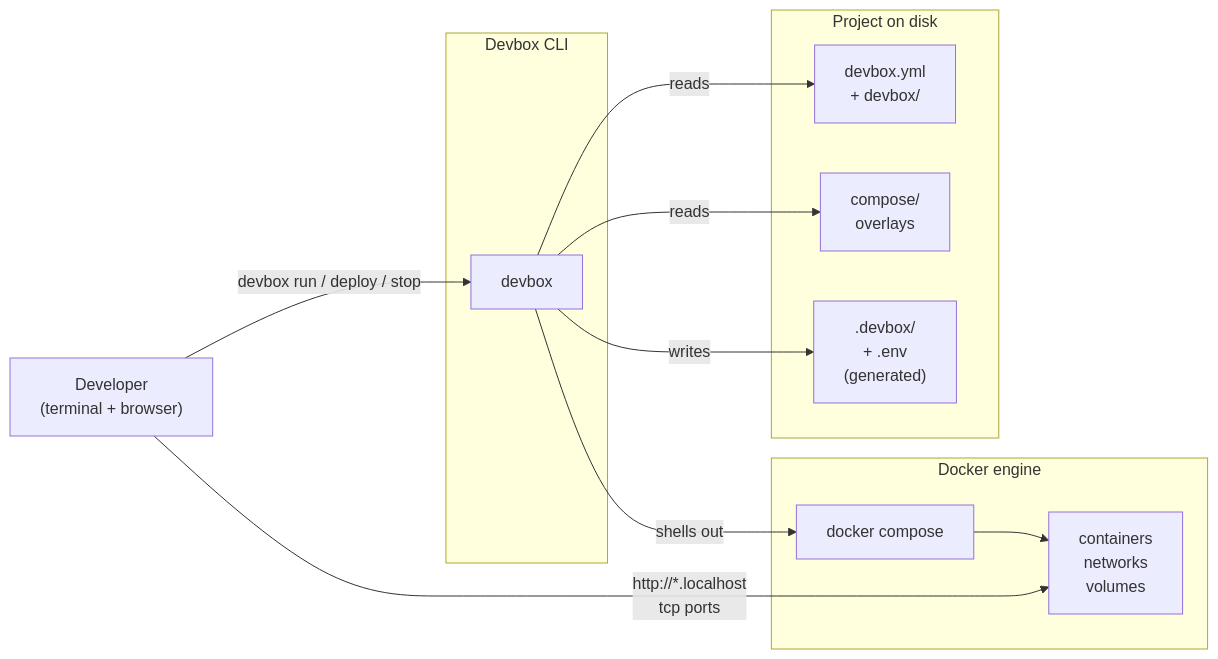
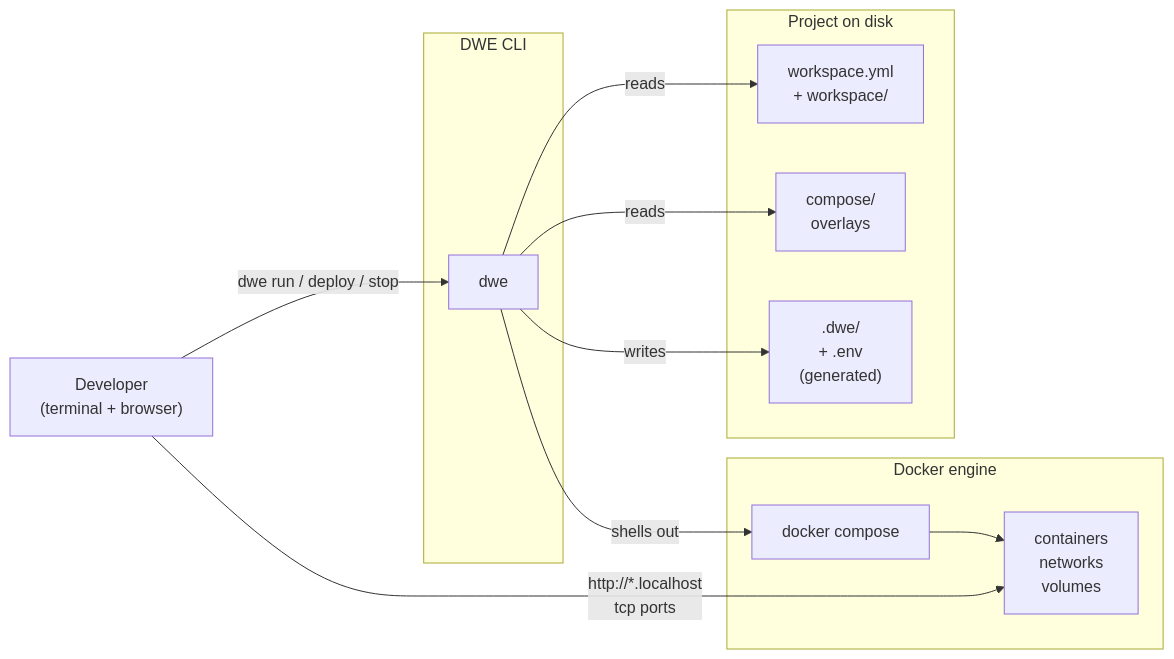
Before and after one commit to semsemyonoff/dwe: the first of 2 diagrams in docs/reference/concepts/architecture.md, drawn with Mermaid. The commit also changed other lines of this file and 113 other files, not shown here.

First line of the commit message:
feat: Phase 4a+4b — update EN and RU docs for devbox→dwe rebrand

````diff
--- a/docs/reference/concepts/architecture.md
+++ b/docs/reference/concepts/architecture.md
@@ -18,27 +18,27 @@
 ```mermaid
 flowchart LR
   Dev["Developer<br/>(terminal + browser)"]
 
   subgraph Project["Project on disk"]
-    Cfg["devbox.yml<br/>+ devbox/"]
+    Cfg["workspace.yml<br/>+ workspace/"]
     Comp["compose/<br/>overlays"]
-    Gen[".devbox/<br/>+ .env<br/>(generated)"]
+    Gen[".dwe/<br/>+ .env<br/>(generated)"]
   end
 
-  subgraph DevboxBox["Devbox CLI"]
-    CLI["devbox"]
+  subgraph DWEBox["DWE CLI"]
+    CLI["dwe"]
   end
 
   subgraph Engine["Docker engine"]
     Compose["docker compose"]
     Containers["containers<br/>networks<br/>volumes"]
   end
 
-  Dev -->|"devbox run / deploy / stop"| CLI
+  Dev -->|"dwe run / deploy / stop"| CLI
   CLI -->|reads| Cfg
   CLI -->|reads| Comp
   CLI -->|writes| Gen
   CLI -->|shells out| Compose
   Compose --> Containers
   Dev -->|"http://*.localhost<br/>tcp ports"| Containers
 ```
````
